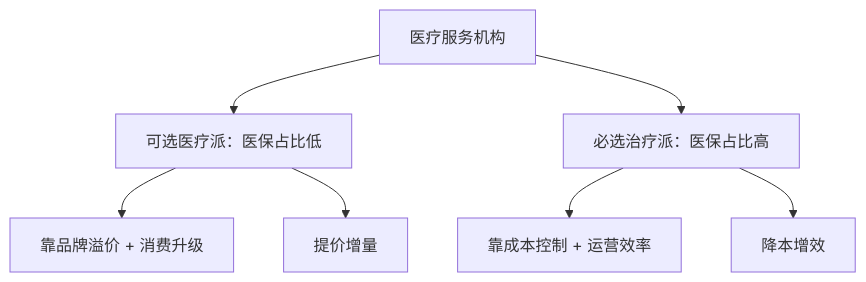
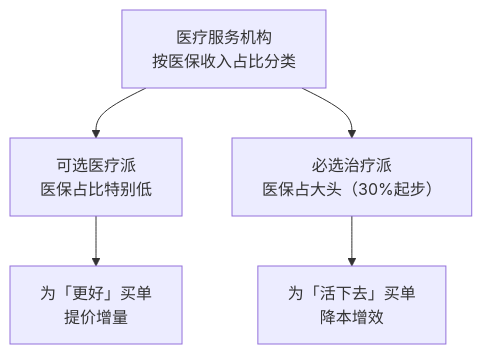
Before and after one commit to andy660/andy660.github.io: the fourth of 9 diagrams in _posts/2026-06-13-研究笔记——民营医院的赚钱路径.md, drawn with Mermaid. The commit also changed other lines of this file and 3 other files, not shown here.

````diff
--- a/_posts/2026-06-13-研究笔记——民营医院的赚钱路径.md
+++ b/_posts/2026-06-13-研究笔记——民营医院的赚钱路径.md
@@ -83,9 +93,7 @@
 ```mermaid
 flowchart TB
-    A["医疗服务机构"] --> B["可选医疗派：医保占比低"]
-    A --> C["必选治疗派：医保占比高"]
-    B --> D["靠品牌溢价 + 消费升级"]
-    C --> E["靠成本控制 + 运营效率"]
-    B --> F["提价增量"]
-    C --> G["降本增效"]
+    A["医疗服务机构<br/>按医保收入占比分类"] --> B["可选医疗派<br/>医保占比特别低"]
+    A --> C["必选治疗派<br/>医保占大头（30%起步）"]
+    B --> D["为「更好」买单<br/>提价增量"]
+    C --> E["为「活下去」买单<br/>降本增效"]
 ```
````
